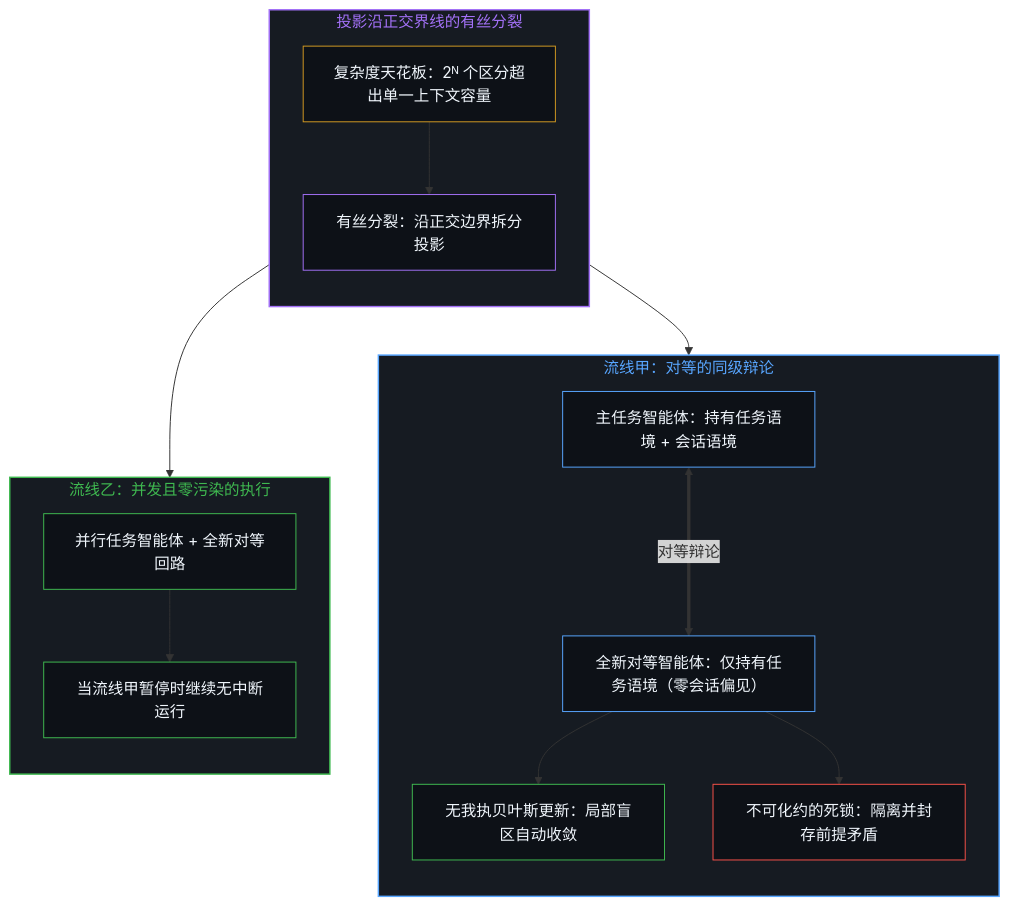
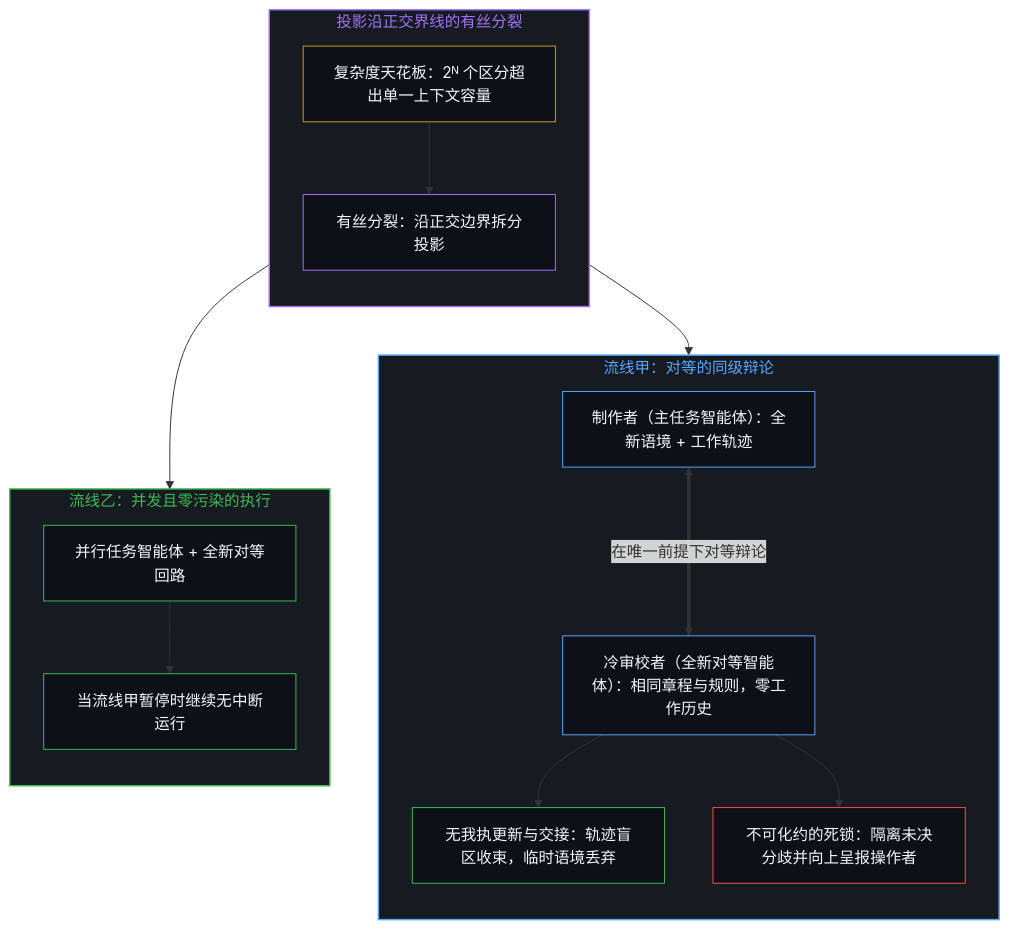
One commit to powerpig99/not-a-toe changed the third of 6 diagrams in content/posts/beyond-the-projection.md. Above: the diagram before and after it, drawn with Mermaid. The commit also changed other lines of this file and 5 other files, not shown here.

````diff
--- a/content/posts/beyond-the-projection.md
+++ b/content/posts/beyond-the-projection.md
@@ -137,42 +131,38 @@
 ```mermaid
 flowchart TD
     subgraph S_Split["投影沿正交界线的有丝分裂"]
         direction TB
         Overload["复杂度天花板：2ᴺ 个区分超出单一上下文容量"]
         Mitosis["有丝分裂：沿正交边界拆分投影"]
         Overload --> Mitosis
     end
-
     subgraph S_Loop1["流线甲：对等的同级辩论"]
         direction TB
-        GenA["主任务智能体：持有任务语境 + 会话语境"]
-        PeerA["全新对等智能体：仅持有任务语境（零会话偏见）"]
-        ConvA["无我执贝叶斯更新：局部盲区自动收敛"]
-        DeadA["不可化约的死锁：隔离并封存前提矛盾"]
-        GenA <===>|"对等辩论"| PeerA
+        GenA["制作者（主任务智能体）：全新语境 + 工作轨迹"]
+        PeerA["冷审校者（全新对等智能体）：相同章程与规则，零工作历史"]
+        ConvA["无我执更新与交接：轨迹盲区收束，临时语境丢弃"]
+        DeadA["不可化约的死锁：隔离未决分歧并向上呈报操作者"]
+        GenA <===>|"在唯一前提下对等辩论"| PeerA
         PeerA --> ConvA
         PeerA --> DeadA
     end
-
     subgraph S_Loop2["流线乙：并发且零污染的执行"]
         direction TB
         GenB["并行任务智能体 + 全新对等回路"]
         RunB["当流线甲暂停时继续无中断运行"]
         GenB --> RunB
     end
-
     Mitosis --> GenA
     Mitosis --> GenB
-
     style S_Split fill:#161b22,stroke:#a371f7,stroke-width:1.5px,color:#a371f7
     style S_Loop1 fill:#161b22,stroke:#58a6ff,stroke-width:1.5px,color:#58a6ff
     style S_Loop2 fill:#161b22,stroke:#3fb950,stroke-width:1.5px,color:#3fb950
     style Overload fill:#0d1117,stroke:#d29922,stroke-width:1px,color:#f0f6fc
     style Mitosis fill:#0d1117,stroke:#a371f7,stroke-width:1px,color:#f0f6fc
     style GenA fill:#0d1117,stroke:#58a6ff,stroke-width:1px,color:#f0f6fc
     style PeerA fill:#0d1117,stroke:#58a6ff,stroke-width:1px,color:#f0f6fc
     style ConvA fill:#0d1117,stroke:#3fb950,stroke-width:1px,color:#f0f6fc
     style DeadA fill:#0d1117,stroke:#f85149,stroke-width:1px,color:#f0f6fc
     style GenB fill:#0d1117,stroke:#3fb950,stroke-width:1px,color:#f0f6fc
     style RunB fill:#0d1117,stroke:#3fb950,stroke-width:1px,color:#f0f6fc
 ```
````
